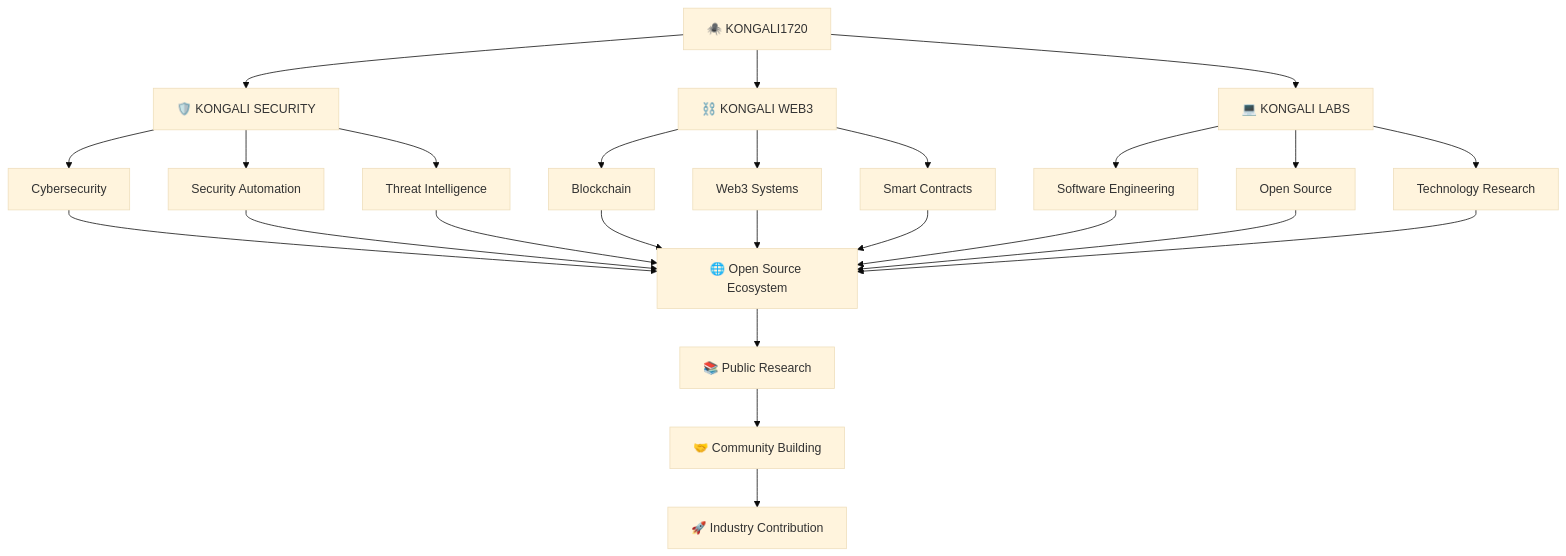
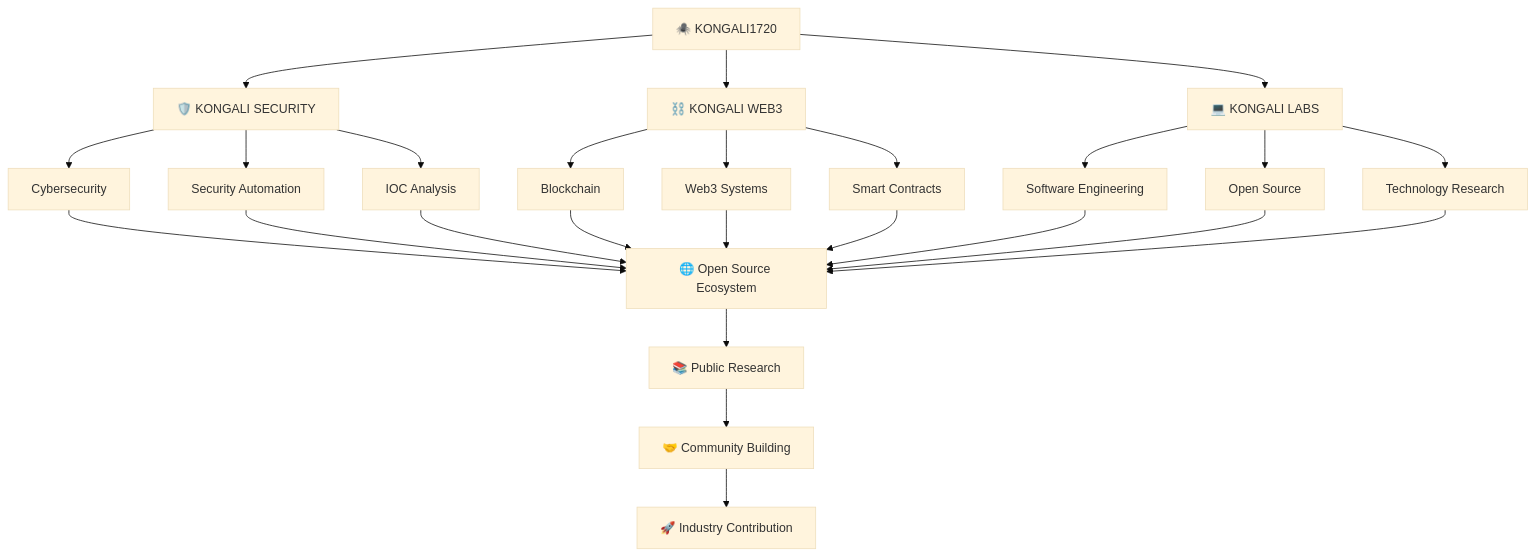
One commit to kongali1720/kongali-security changed the diagram in README.md. Above: the diagram before and after it, drawn with Mermaid (base theme). The commit also changed other lines of this file, not shown here.

````diff
--- a/README.md
+++ b/README.md
@@ -945,34 +1106,34 @@
 ```mermaid
 flowchart TD
     A["🕷️ KONGALI1720"]
 
     A --> B["🛡️ KONGALI SECURITY"]
     A --> C["⛓️ KONGALI WEB3"]
     A --> D["💻 KONGALI LABS"]
 
     B --> B1["Cybersecurity"]
     B --> B2["Security Automation"]
-    B --> B3["Threat Intelligence"]
+    B --> B3["IOC Analysis"]
 
     C --> C1["Blockchain"]
     C --> C2["Web3 Systems"]
     C --> C3["Smart Contracts"]
 
     D --> D1["Software Engineering"]
     D --> D2["Open Source"]
     D --> D3["Technology Research"]
 
     B1 --> E["🌐 Open Source Ecosystem"]
     B2 --> E
     B3 --> E
     C1 --> E
     C2 --> E
     C3 --> E
     D1 --> E
     D2 --> E
     D3 --> E
 
     E --> F["📚 Public Research"]
     F --> G["🤝 Community Building"]
     G --> H["🚀 Industry Contribution"]
 ```
````
